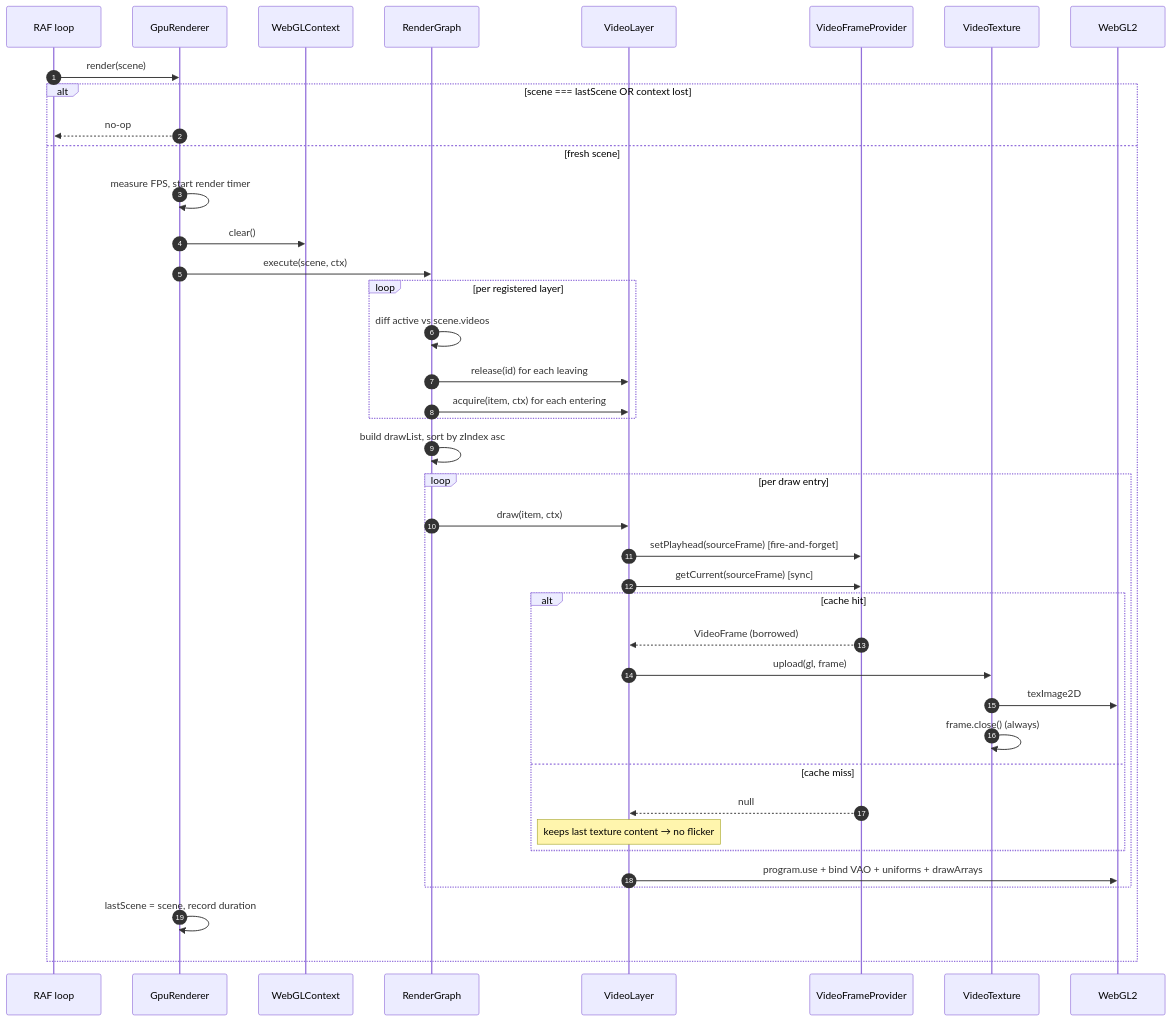
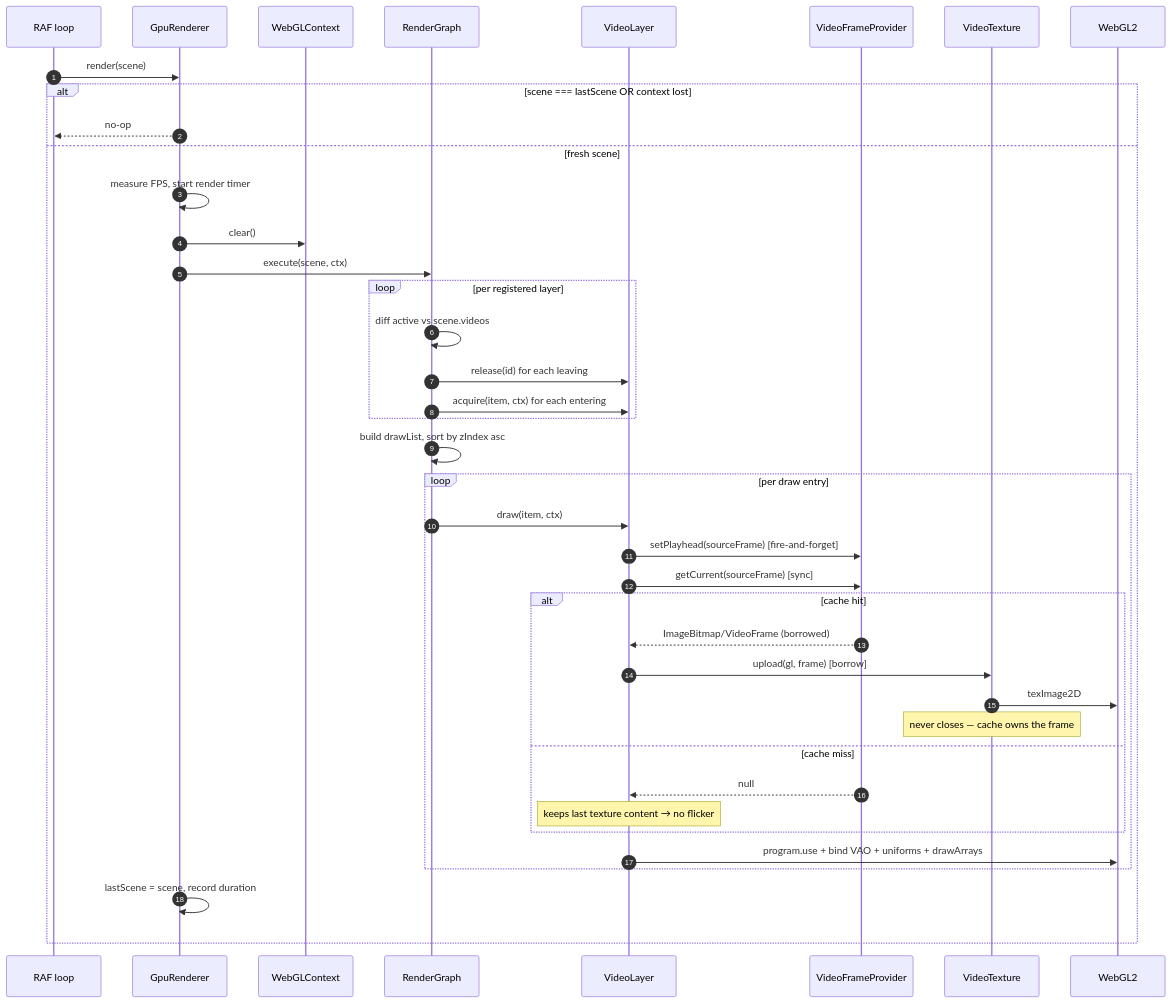
The seventh of 20 diagrams in packages/editor/src/core/renderer/architecture.md (elahlabs/elah), drawn with Mermaid before and after one commit. The commit also changed other lines of this file and 11 other files, not shown here.

````diff
--- a/packages/editor/src/core/renderer/architecture.md
+++ b/packages/editor/src/core/renderer/architecture.md
@@ -239,47 +239,47 @@
 ```mermaid
 sequenceDiagram
     autonumber
     participant Shell as RAF loop
     participant GR as GpuRenderer
     participant WGL as WebGLContext
     participant RG as RenderGraph
     participant VL as VideoLayer
     participant VFP as VideoFrameProvider
     participant VT as VideoTexture
     participant GL as WebGL2
 
     Shell->>GR: render(scene)
     alt scene === lastScene OR context lost
         GR-->>Shell: no-op
     else fresh scene
         GR->>GR: measure FPS, start render timer
         GR->>WGL: clear()
         GR->>RG: execute(scene, ctx)
 
         loop per registered layer
             RG->>RG: diff active vs scene.videos
             RG->>VL: release(id) for each leaving
             RG->>VL: acquire(item, ctx) for each entering
         end
 
         RG->>RG: build drawList, sort by zIndex asc
 
         loop per draw entry
             RG->>VL: draw(item, ctx)
             VL->>VFP: setPlayhead(sourceFrame) [fire-and-forget]
             VL->>VFP: getCurrent(sourceFrame) [sync]
             alt cache hit
-                VFP-->>VL: VideoFrame (borrowed)
-                VL->>VT: upload(gl, frame)
+                VFP-->>VL: ImageBitmap/VideoFrame (borrowed)
+                VL->>VT: upload(gl, frame) [borrow]
                 VT->>GL: texImage2D
-                VT->>VT: frame.close() (always)
+                Note over VT: never closes — cache owns the frame
             else cache miss
                 VFP-->>VL: null
                 Note over VL: keeps last texture content → no flicker
             end
             VL->>GL: program.use + bind VAO + uniforms + drawArrays
         end
 
         GR->>GR: lastScene = scene, record duration
     end
 ```
````
